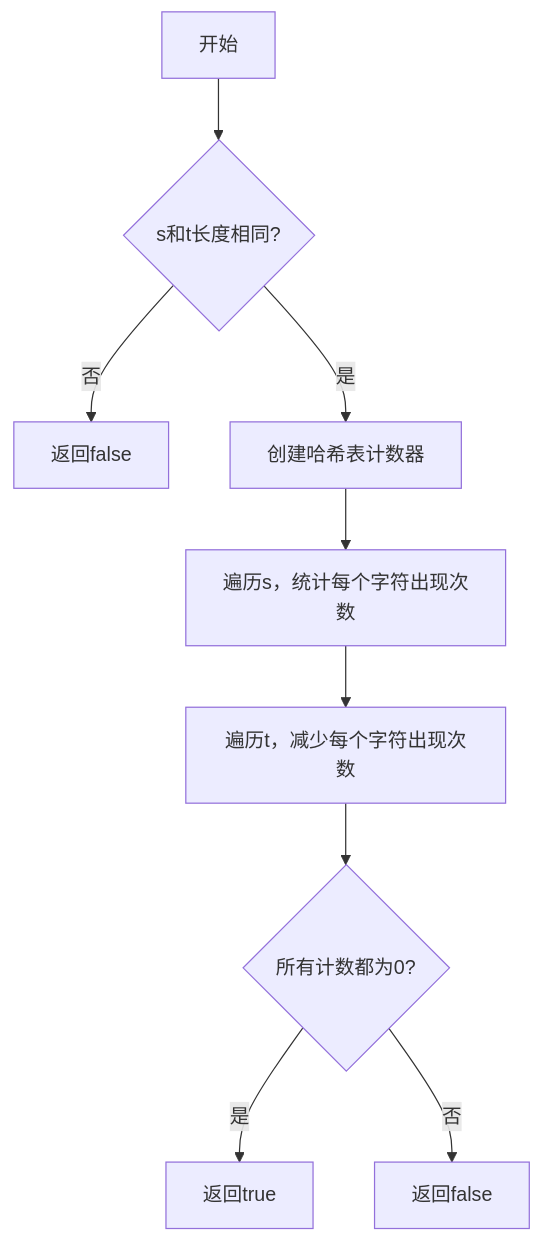
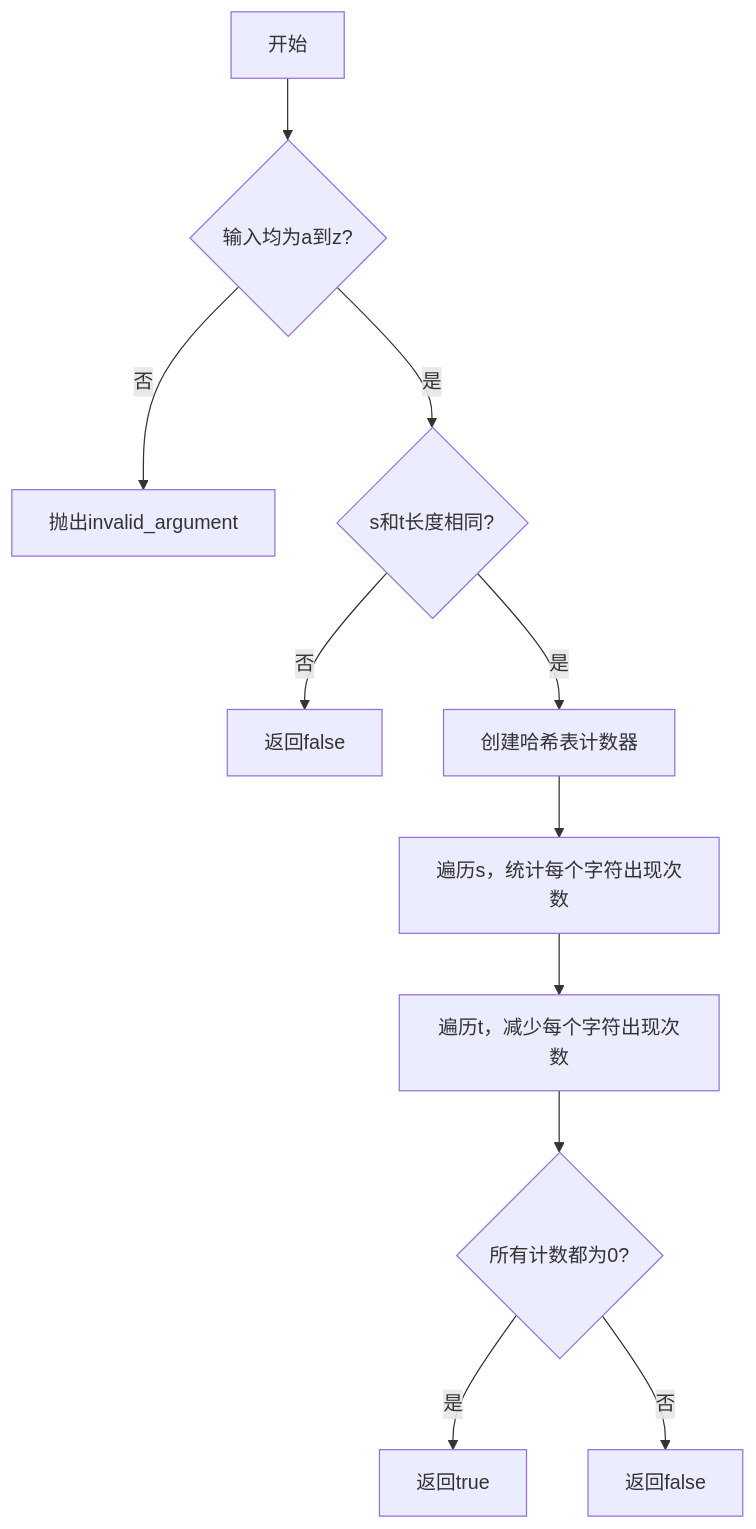
Before and after one commit to mlbo/cpp_learning: the fourth of 5 diagrams in week_04/day_22/README.md, drawn with Mermaid. The commit also changed other lines of this file and 675 other files, not shown here.

````diff
--- a/week_04/day_22/README.md
+++ b/week_04/day_22/README.md
@@ -454,11 +462,13 @@
 ```mermaid
 flowchart TD
-    A[开始] --> B{s和t长度相同?}
+    A[开始] --> V{输入均为a到z?}
+    V -->|否| X[抛出invalid_argument]
+    V -->|是| B{s和t长度相同?}
     B -->|否| C[返回false]
     B -->|是| D[创建哈希表计数器]
     D --> E[遍历s，统计每个字符出现次数]
     E --> F[遍历t，减少每个字符出现次数]
     F --> G{所有计数都为0?}
     G -->|是| H[返回true]
     G -->|否| I[返回false]
 ```
````
